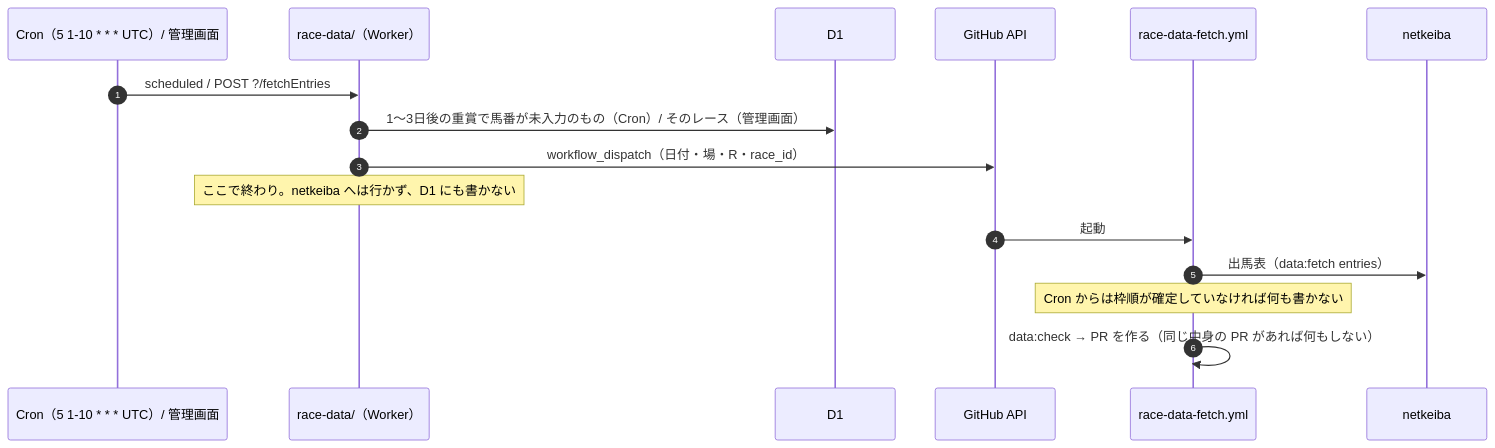
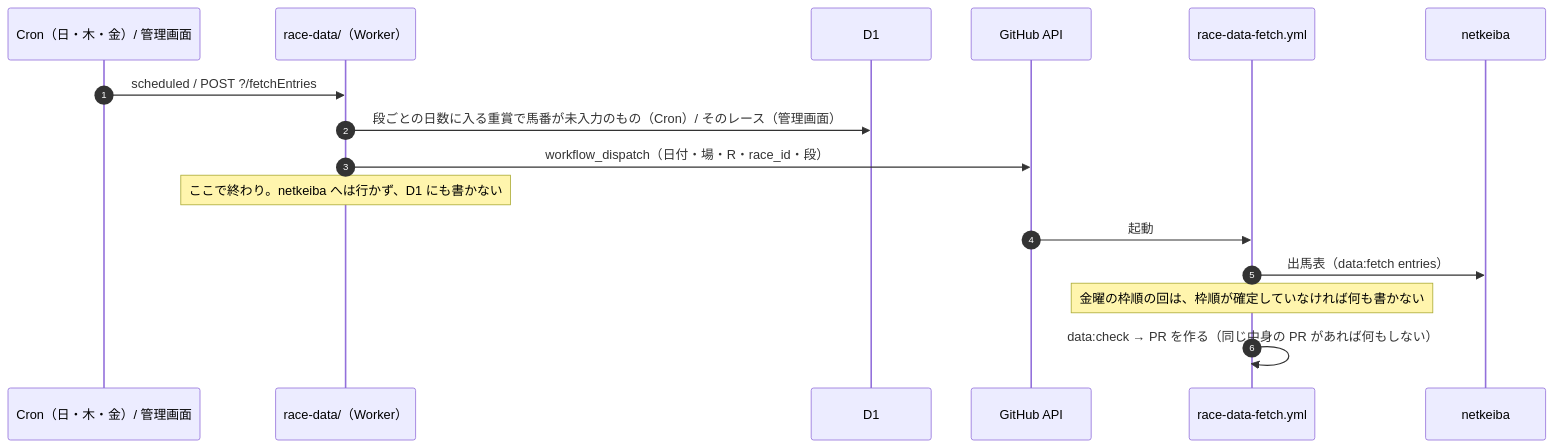
The eighth of 12 diagrams in docs/architecture.md (Atoyr/keiba-note), drawn with Mermaid before and after one commit. The commit also changed other lines of this file and 17 other files, not shown here.

````diff
--- a/docs/architecture.md
+++ b/docs/architecture.md
@@ -641,19 +642,19 @@
 ```mermaid
 sequenceDiagram
     autonumber
-    participant C as Cron（5 1-10 * * * UTC）/ 管理画面
+    participant C as Cron（日・木・金）/ 管理画面
     participant W as race-data/（Worker）
     participant D as D1
     participant G as GitHub API
     participant A as race-data-fetch.yml
     participant N as netkeiba
 
     C->>W: scheduled / POST ?/fetchEntries
-    W->>D: 1〜3日後の重賞で馬番が未入力のもの（Cron）/ そのレース（管理画面）
-    W->>G: workflow_dispatch（日付・場・R・race_id）
+    W->>D: 段ごとの日数に入る重賞で馬番が未入力のもの（Cron）/ そのレース（管理画面）
+    W->>G: workflow_dispatch（日付・場・R・race_id・段）
     Note over W: ここで終わり。netkeiba へは行かず、D1 にも書かない
     G->>A: 起動
     A->>N: 出馬表（data:fetch entries）
-    Note over A: Cron からは枠順が確定していなければ何も書かない
+    Note over A: 金曜の枠順の回は、枠順が確定していなければ何も書かない
     A->>A: data:check → PR を作る（同じ中身の PR があれば何もしない）
 ```
````
